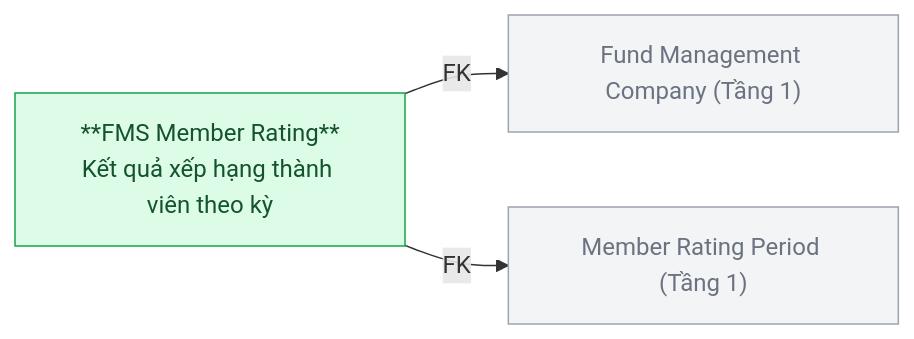
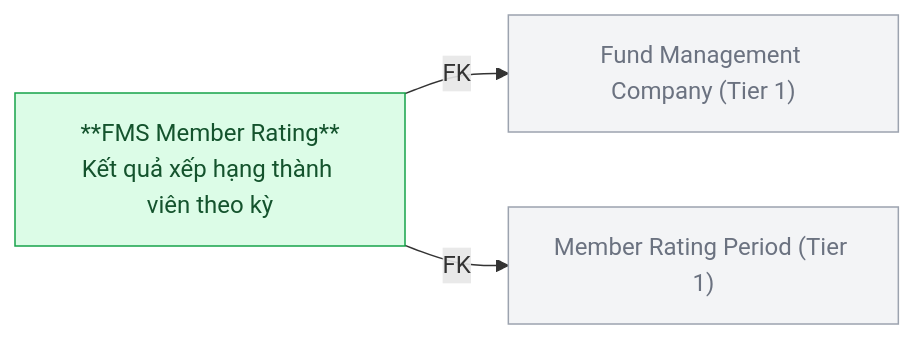
Diagram 12 of 16 in Silver/hld/FMS_HLD_Tier2.md (linhlvit/ubck_atomic_design), drawn with Mermaid before and after one commit. The commit also changed other lines of this file and 111 other files, not shown here.

````diff
--- a/Silver/hld/FMS_HLD_Tier2.md
+++ b/Silver/hld/FMS_HLD_Tier2.md
@@ -285,12 +279,12 @@
 ```mermaid
 graph LR
     classDef silver fill:#dcfce7,stroke:#16a34a,color:#14532d
     classDef refnode fill:#f3f4f6,stroke:#9ca3af,color:#6b7280
 
-    FMC["Fund Management Company (Tầng 1)"]:::refnode
-    MRP["Member Rating Period (Tầng 1)"]:::refnode
+    FMC["Fund Management Company (Tier 1)"]:::refnode
+    MRP["Member Rating Period (Tier 1)"]:::refnode
     RATING["**FMS Member Rating**\nKết quả xếp hạng thành viên theo kỳ"]:::silver
 
     RATING -->|FK| FMC
     RATING -->|FK| MRP
 ```
````
